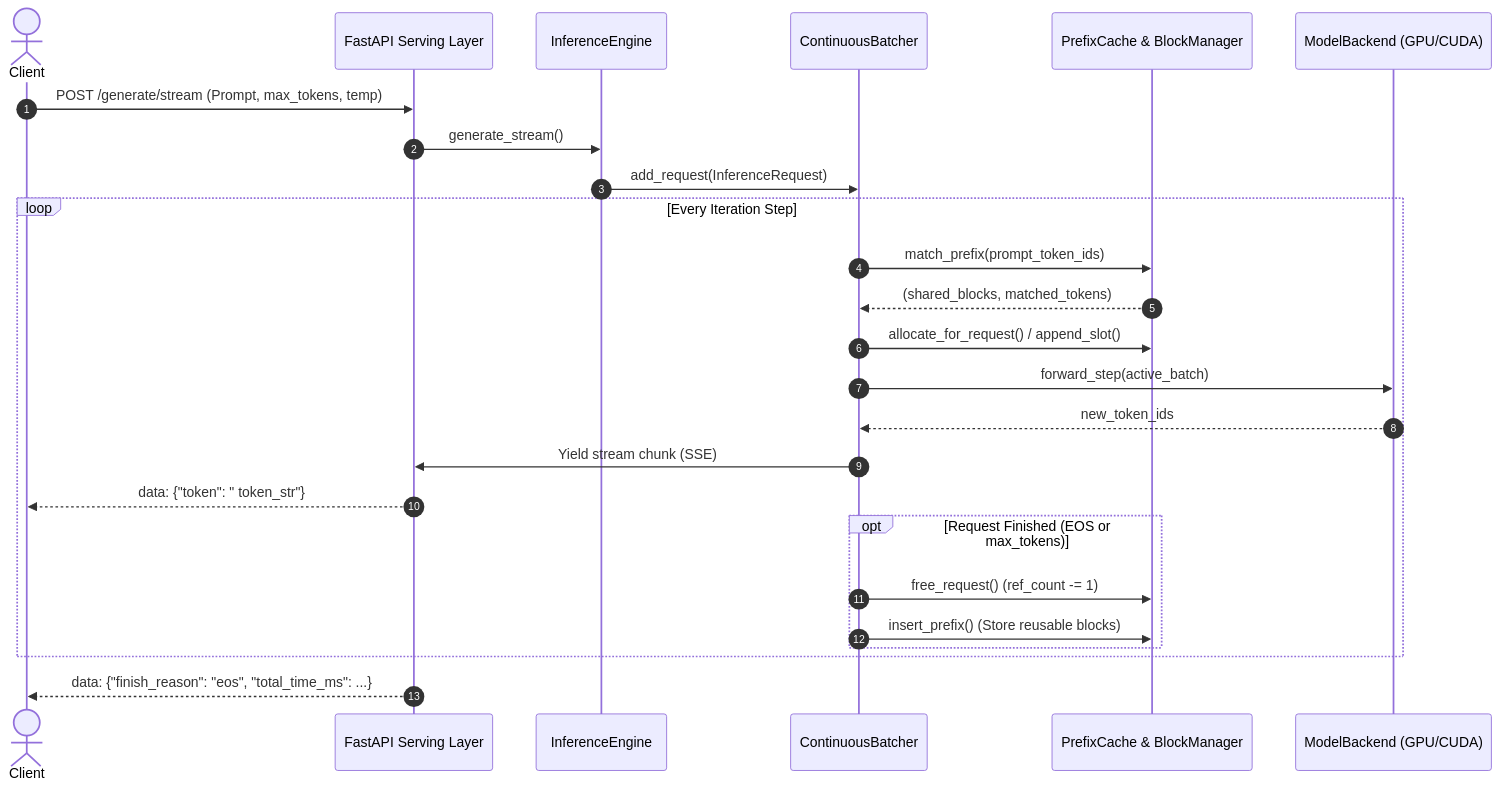
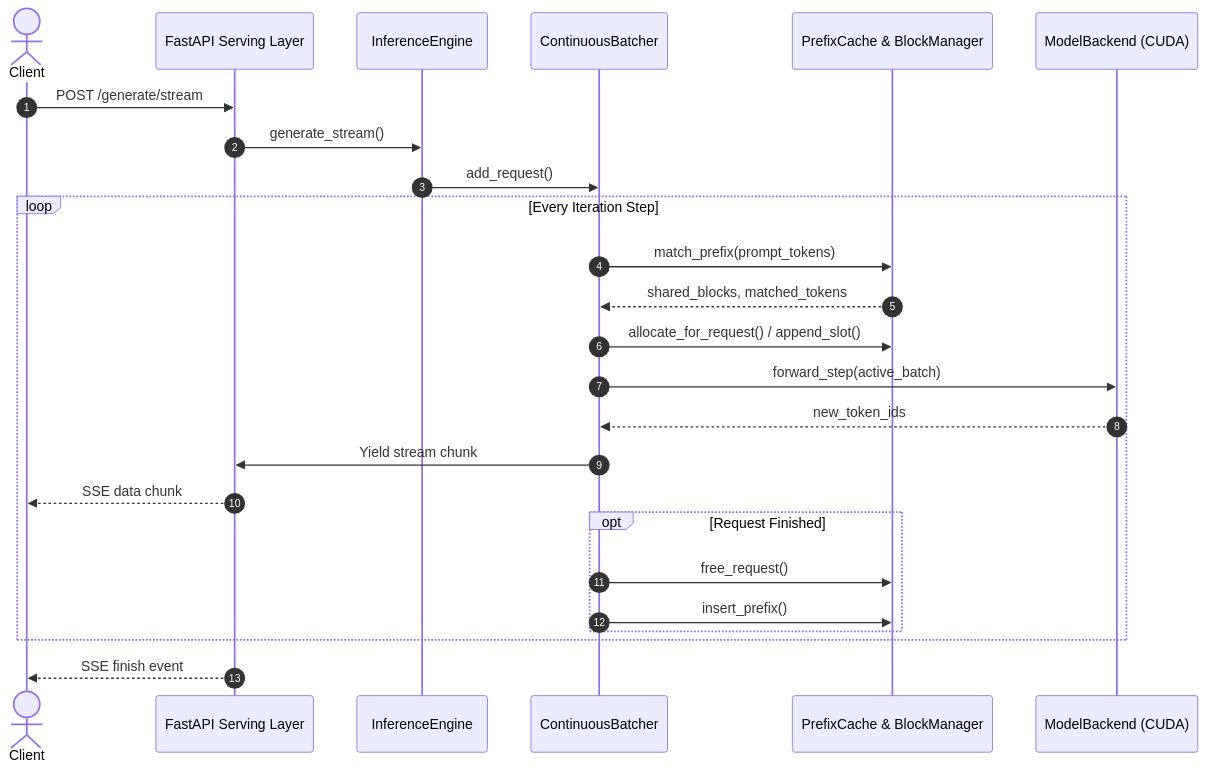
The first of 3 diagrams in README.md (Sandeep-kumar-IITR/LLM-Inference), drawn with Mermaid before and after one commit. The commit also changed other lines of this file and 4 other files, not shown here.

````diff
--- a/README.md
+++ b/README.md
@@ -24,29 +24,29 @@
 ```mermaid
 sequenceDiagram
     autonumber
     actor Client
     participant API as FastAPI Serving Layer
     participant Engine as InferenceEngine
     participant Scheduler as ContinuousBatcher
     participant Cache as PrefixCache & BlockManager
-    participant Backend as ModelBackend (GPU/CUDA)
+    participant Backend as ModelBackend (CUDA)
 
-    Client->>API: POST /generate/stream (Prompt, max_tokens, temp)
+    Client->>API: POST /generate/stream
     API->>Engine: generate_stream()
-    Engine->>Scheduler: add_request(InferenceRequest)
+    Engine->>Scheduler: add_request()
     
     loop Every Iteration Step
-        Scheduler->>Cache: match_prefix(prompt_token_ids)
-        Cache-->>Scheduler: (shared_blocks, matched_tokens)
+        Scheduler->>Cache: match_prefix(prompt_tokens)
+        Cache-->>Scheduler: shared_blocks, matched_tokens
         Scheduler->>Cache: allocate_for_request() / append_slot()
         Scheduler->>Backend: forward_step(active_batch)
         Backend-->>Scheduler: new_token_ids
-        Scheduler->>API: Yield stream chunk (SSE)
-        API-->>Client: data: {"token": " token_str"}
-        opt Request Finished (EOS or max_tokens)
-            Scheduler->>Cache: free_request() (ref_count -= 1)
-            Scheduler->>Cache: insert_prefix() (Store reusable blocks)
+        Scheduler->>API: Yield stream chunk
+        API-->>Client: SSE data chunk
+        opt Request Finished
+            Scheduler->>Cache: free_request()
+            Scheduler->>Cache: insert_prefix()
         end
     end
-    API-->>Client: data: {"finish_reason": "eos", "total_time_ms": ...}
+    API-->>Client: SSE finish event
 ```
````
